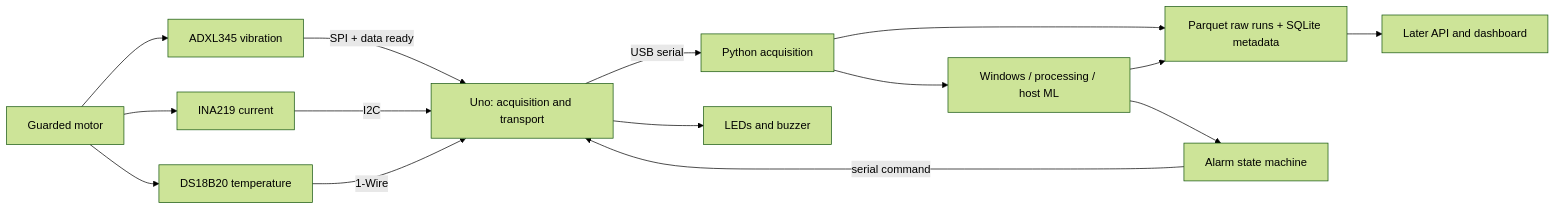
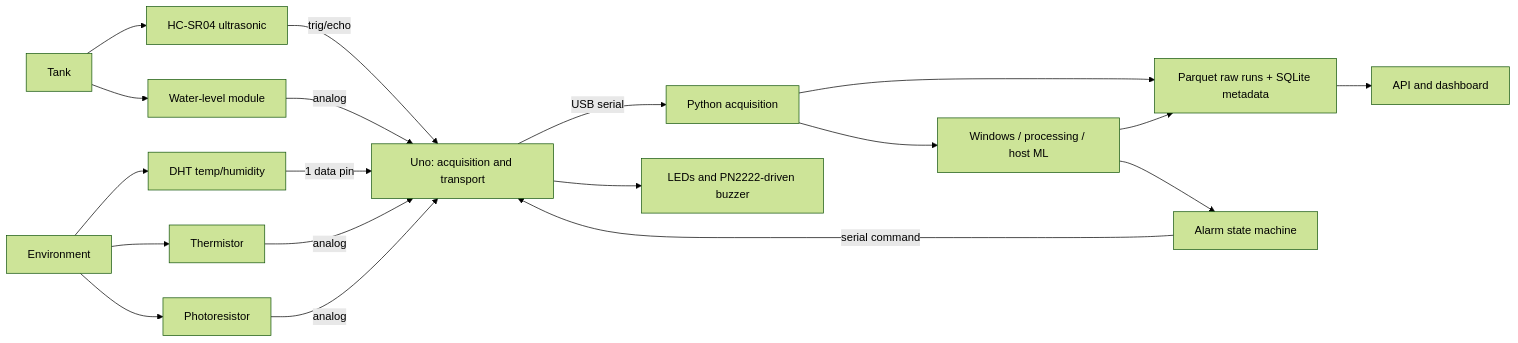
Before and after one commit to aiman-che-razani/smart_hardware_edge_ai: the diagram in docs/architecture/system.md, drawn with Mermaid (forest theme). The commit also changed other lines of this file and 57 other files, not shown here.

````diff
--- a/docs/architecture/system.md
+++ b/docs/architecture/system.md
@@ -7,17 +9,21 @@
 ```mermaid
 flowchart LR
-  M[Guarded motor] --> A[ADXL345 vibration]
-  M --> I[INA219 current]
-  M --> T[DS18B20 temperature]
-  A -->|SPI + data ready| U[Uno: acquisition and transport]
-  I -->|I2C| U
-  T -->|1-Wire| U
+  T[Tank] --> H[HC-SR04 ultrasonic]
+  T --> W[Water-level module]
+  E[Environment] --> D2[DHT temp/humidity]
+  E --> R[Thermistor]
+  E --> L[Photoresistor]
+  H -->|trig/echo| U[Uno: acquisition and transport]
+  W -->|analog| U
+  D2 -->|1 data pin| U
+  R -->|analog| U
+  L -->|analog| U
   U -->|USB serial| D[Python acquisition]
   D --> P[Windows / processing / host ML]
   D --> S[Parquet raw runs + SQLite metadata]
   P --> S
   P --> C[Alarm state machine]
   C -->|serial command| U
-  U --> L[LEDs and buzzer]
-  S --> V[Later API and dashboard]
+  U --> B[LEDs and PN2222-driven buzzer]
+  S --> V[API and dashboard]
 ```
````
